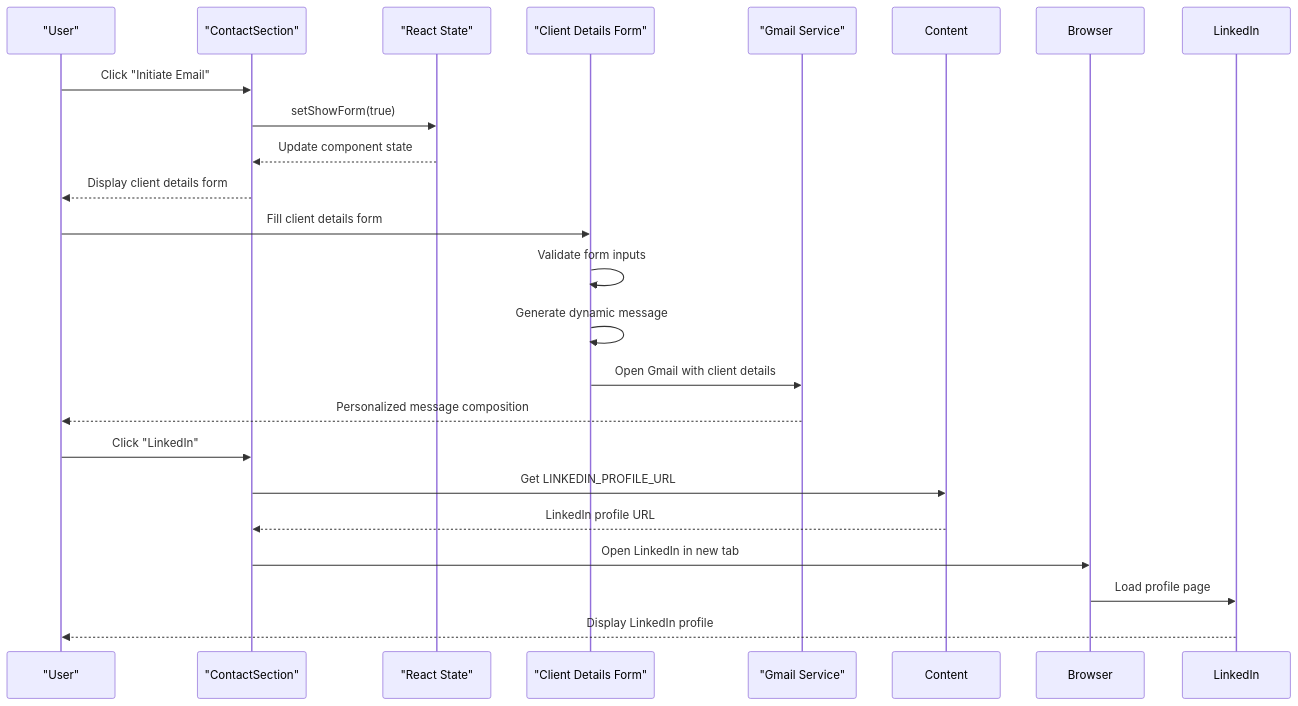
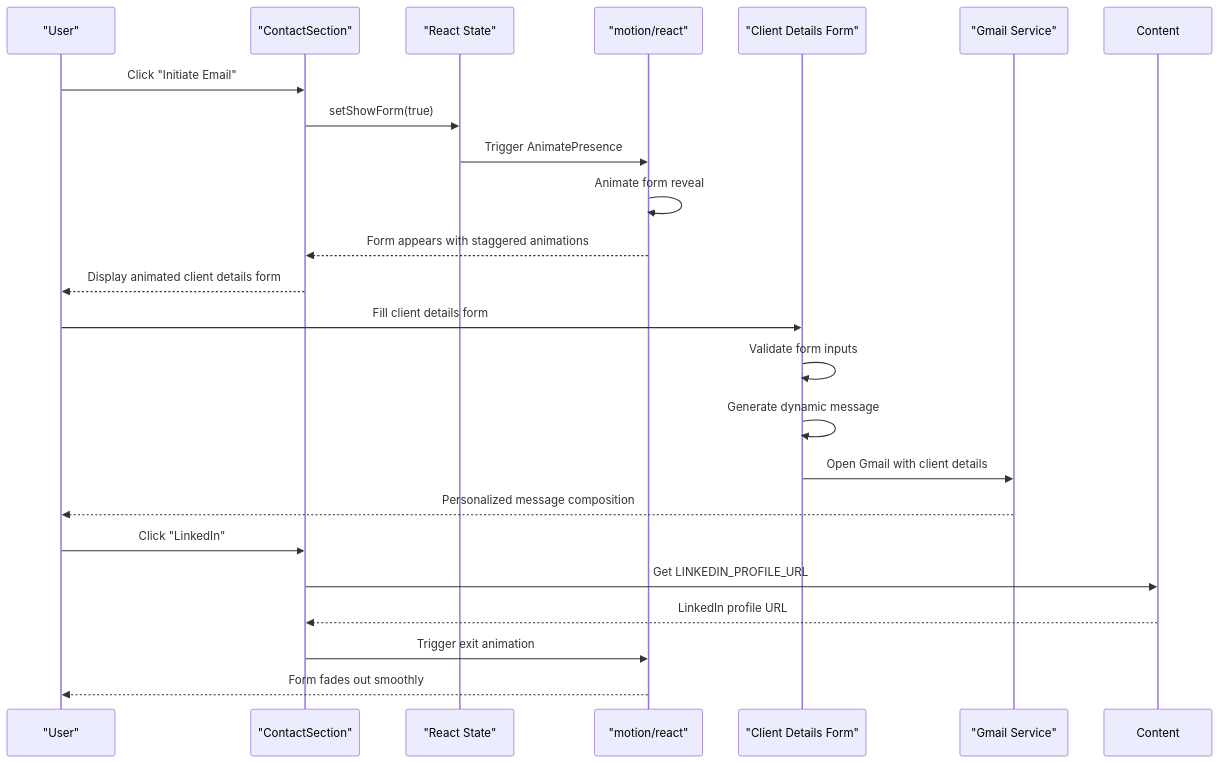
Before and after one commit to subash7781/Portfolio: the second of 5 diagrams in .qoder/repowiki/en/content/Component Library & UI Elements/ContactSection Component.md, drawn with Mermaid. The commit also changed other lines of this file and 5 other files, not shown here.

````diff
--- a/.qoder/repowiki/en/content/Component Library & UI Elements/ContactSection Component.md
+++ b/.qoder/repowiki/en/content/Component Library & UI Elements/ContactSection Component.md
@@ -124,23 +130,25 @@
 ```mermaid
 sequenceDiagram
 participant User as "User"
 participant Contact as "ContactSection"
 participant State as "React State"
+participant Motion as "motion/react"
 participant Form as "Client Details Form"
 participant Gmail as "Gmail Service"
 User->>Contact : Click "Initiate Email"
 Contact->>State : setShowForm(true)
-State-->>Contact : Update component state
-Contact-->>User : Display client details form
+State->>Motion : Trigger AnimatePresence
+Motion->>Motion : Animate form reveal
+Motion-->>Contact : Form appears with staggered animations
+Contact-->>User : Display animated client details form
 User->>Form : Fill client details form
 Form->>Form : Validate form inputs
 Form->>Form : Generate dynamic message
 Form->>Gmail : Open Gmail with client details
 Gmail-->>User : Personalized message composition
 User->>Contact : Click "LinkedIn"
 Contact->>Content : Get LINKEDIN_PROFILE_URL
 Content-->>Contact : LinkedIn profile URL
-Contact->>Browser : Open LinkedIn in new tab
-Browser->>LinkedIn : Load profile page
-LinkedIn-->>User : Display LinkedIn profile
+Contact->>Motion : Trigger exit animation
+Motion-->>User : Form fades out smoothly
 ```
````
